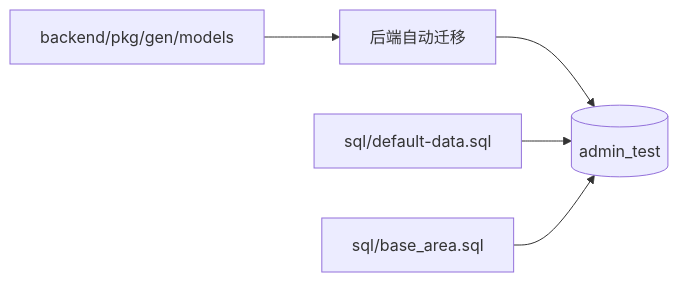
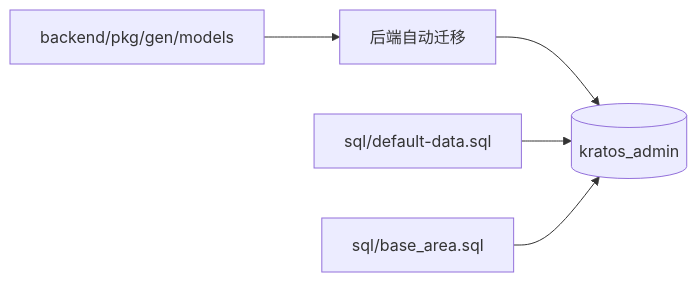
The diagram in docs/数据库与初始化数据设计.md (liujitcn/kratos-admin), drawn with Mermaid before and after one commit. The commit also changed other lines of this file and 6 other files, not shown here.

````diff
--- a/docs/数据库与初始化数据设计.md
+++ b/docs/数据库与初始化数据设计.md
@@ -13,6 +13,6 @@
 ```mermaid
 flowchart LR
-  Models["backend/pkg/gen/models"] --> Migrate["后端自动迁移"] --> Main[("admin_test")]
+  Models["backend/pkg/gen/models"] --> Migrate["后端自动迁移"] --> Main[("kratos_admin")]
   Default["sql/default-data.sql"] --> Main
   Area["sql/base_area.sql"] --> Main
 ```
````
